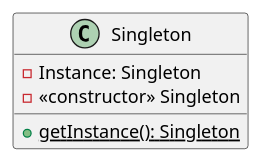
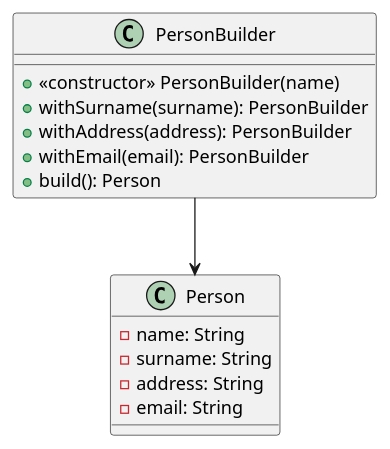
Before and after one commit to paguerre3/creational-patterns: the diagram in cp-samples/src/cp/samples/builder/_builder-simplified-diagram.iuml, drawn with PlantUML.

Commit message:
builder pattern

```diff
--- a/cp-samples/src/cp/samples/builder/_builder-simplified-diagram.iuml
+++ b/cp-samples/src/cp/samples/builder/_builder-simplified-diagram.iuml
@@ -1,7 +1,18 @@
 @startuml
-class Singleton {
- -Instance: Singleton
- -<<constructor>> Singleton
- +{static} getInstance(): Singleton
+class PersonBuilder {
+    +<<constructor>> PersonBuilder(name)
+    +withSurname(surname): PersonBuilder
+    +withAddress(address): PersonBuilder
+    +withEmail(email): PersonBuilder
+    +build(): Person
 }
+
+class Person {
+    -name: String
+    -surname: String
+    -address: String
+    -email: String
+}
+
+PersonBuilder --> Person
 @enduml
```
